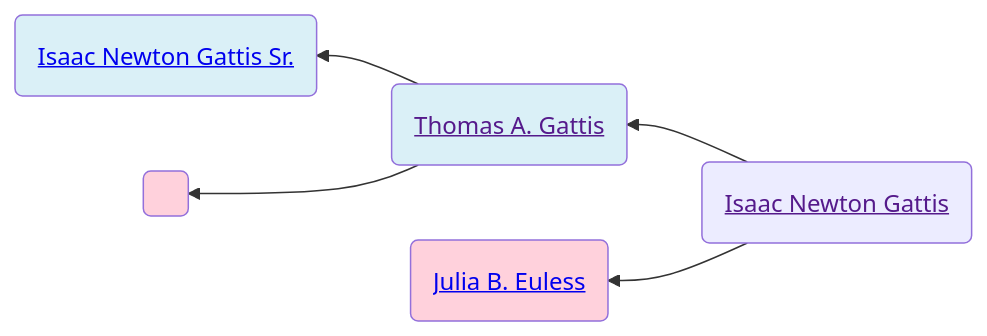
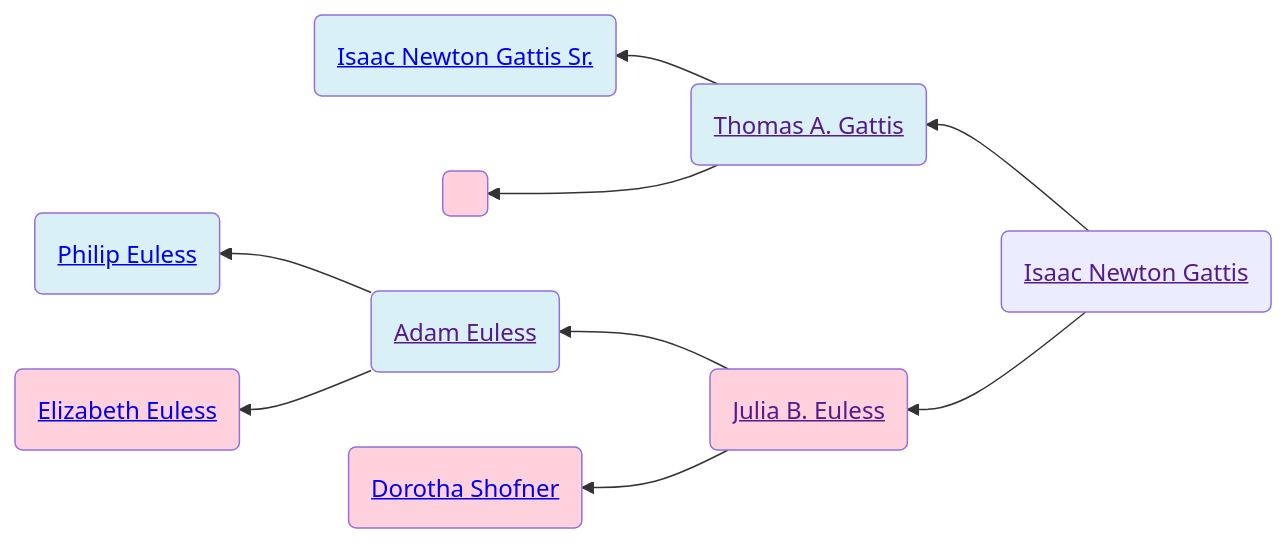
Before and after one commit to neelsmith/avocational: the first of 2 diagrams in familyhistory/sources/people/Gattis-line/Isaac_Newton_Gattis.qmd, drawn with Mermaid. The commit also changed other lines of this file and 92 other files, not shown here.

````diff
--- a/familyhistory/sources/people/Gattis-line/Isaac_Newton_Gattis.qmd
+++ b/familyhistory/sources/people/Gattis-line/Isaac_Newton_Gattis.qmd
@@ -26,15 +26,23 @@
 ```{mermaid}
 graph RL
 Isaac_Newton_Gattis(<a href=''>Isaac Newton Gattis</>) -->  Thomas_A._Gattis(<a href='./Thomas_A._Gattis.html'>Thomas A. Gattis</>)
 Thomas_A._Gattis(<a href=''>Thomas A. Gattis</>) -->  Isaac_Newton_Gattis_Sr.(<a href='./Isaac_Newton_Gattis_Sr..html'>Isaac Newton Gattis Sr.</>)
 class Isaac_Newton_Gattis_Sr. father
 Thomas_A._Gattis(<a href=''>Thomas A. Gattis</>)  --> _(<a href=''> </>)
 class _ mother
 class Thomas_A._Gattis father
 Isaac_Newton_Gattis(<a href=''>Isaac Newton Gattis</>)  --> Julia_B._Euless(<a href='./Euless-line/Julia_B._Euless.html'>Julia B. Euless</>)
+Julia_B._Euless(<a href=''>Julia B. Euless</>) -->  Adam_Euless(<a href='./Adam_Euless.html'>Adam Euless</>)
+Adam_Euless(<a href=''>Adam Euless</>) -->  Philip_Euless(<a href='./Philip_Euless.html'>Philip Euless</>)
+class Philip_Euless father
+Adam_Euless(<a href=''>Adam Euless</>)  --> Elizabeth_Euless(<a href='./Elizabeth_Euless.html'>Elizabeth Euless</>)
+class Elizabeth_Euless mother
+class Adam_Euless father
+Julia_B._Euless(<a href=''>Julia B. Euless</>)  --> Dorotha_Shofner(<a href='./Dorotha_Shofner.html'>Dorotha Shofner</>)
+class Dorotha_Shofner mother
 class Julia_B._Euless mother
 classDef mother fill:#ffd1dc
 classDef father fill:#daf0f7  
 classDef marriage fill:#ffffff
 
 ```
````
